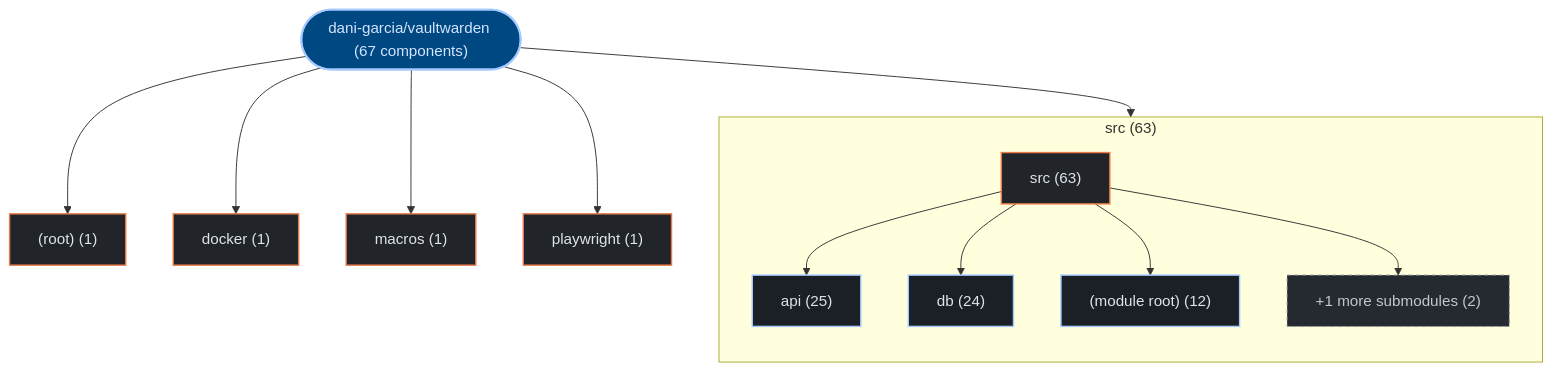
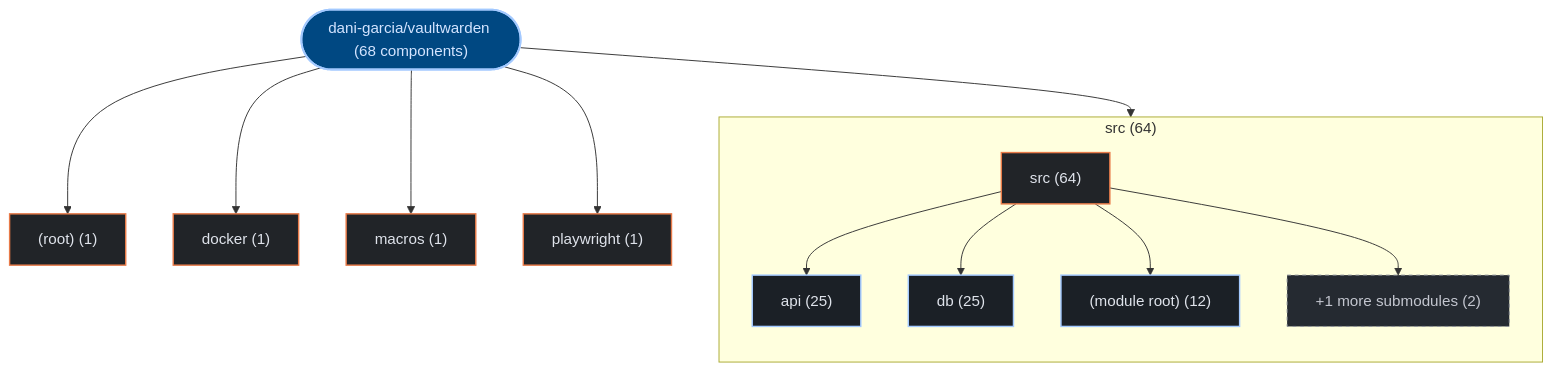
One commit to kumarshaz/atruss-code-atlas changed the first of 3 diagrams in exports/latest/reports/dani-garcia-vaultwarden-report.md. Above: the diagram before and after it, drawn with Mermaid. The commit also changed other lines of this file and 1613 other files, not shown here.

````diff
--- a/exports/latest/reports/dani-garcia-vaultwarden-report.md
+++ b/exports/latest/reports/dani-garcia-vaultwarden-report.md
@@ -42,32 +42,33 @@
 ```mermaid
 graph TD;
+    %% title: Building Block View — dani-garcia/vaultwarden
   classDef atlasRoot fill:#004882,stroke:#a3c9ff,stroke-width:2px,color:#d3e4ff
   classDef atlasCategory fill:#212428,stroke:#E87A48,stroke-width:1.5px,color:#dfe3eb
   classDef atlasWorkflow fill:#1b2026,stroke:#a3c9ff,stroke-width:1.5px,color:#dfe3eb
   classDef atlasJob fill:#171c22,stroke:#8d9199,stroke-width:1px,color:#dfe3eb
   classDef atlasTarget fill:#005227,stroke:#8bd99b,stroke-width:1.5px,color:#a7f6b6
   classDef atlasAlert fill:#93000a,stroke:#ffb4ab,stroke-width:1.5px,color:#ffdad6
   classDef atlasMore fill:#252a31,stroke:#8d9199,stroke-dasharray:4 4,color:#c3c6cf
-    repo_root(["dani-garcia/vaultwarden (67 components)"]):::atlasRoot
-    subgraph sg_dir_0_src["src (63)"]
+    repo_root(["dani-garcia/vaultwarden (68 components)"]):::atlasRoot
+    subgraph sg_dir_0_src["src (64)"]
       direction TB
-      dir_0_src["src (63)"]:::atlasCategory
+      dir_0_src["src (64)"]:::atlasCategory
       sub_0_0_api["api (25)"]:::atlasWorkflow
       dir_0_src --> sub_0_0_api
-      sub_0_1_db["db (24)"]:::atlasWorkflow
+      sub_0_1_db["db (25)"]:::atlasWorkflow
       dir_0_src --> sub_0_1_db
       sub_0_2__module_root_["(module root) (12)"]:::atlasWorkflow
       dir_0_src --> sub_0_2__module_root_
       sub_0_more["+1 more submodules (2)"]:::atlasMore
       dir_0_src --> sub_0_more
     end
     repo_root --> dir_0_src
     dir_1__root_["(root) (1)"]:::atlasCategory
     repo_root --> dir_1__root_
     dir_2_docker["docker (1)"]:::atlasCategory
     repo_root --> dir_2_docker
     dir_3_macros["macros (1)"]:::atlasCategory
     repo_root --> dir_3_macros
     dir_4_playwright["playwright (1)"]:::atlasCategory
     repo_root --> dir_4_playwright
 ```
````
